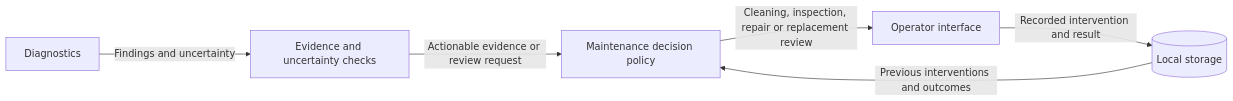
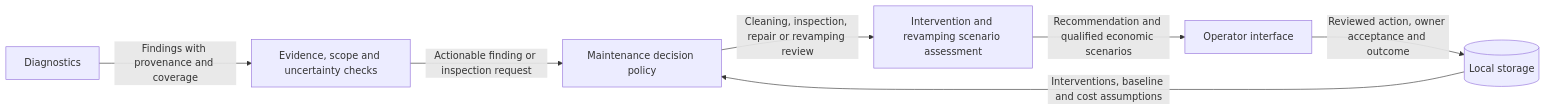
Before and after one commit to B-AROL-O/hackturin-2026: the diagram in docs/architecture/components/maintenance.md, drawn with Mermaid. The commit also changed other lines of this file and 28 other files, not shown here.

Commit message:
docs(poopvolt): renew company offer, architecture and pitch

````diff
--- a/docs/architecture/components/maintenance.md
+++ b/docs/architecture/components/maintenance.md
@@ -10,13 +10,15 @@
 ```mermaid
 flowchart LR
     diagnostics["Diagnostics"]
-    evidence["Evidence and uncertainty checks"]
+    evidence["Evidence, scope and uncertainty checks"]
     history[("Local storage")]
     policy["Maintenance decision policy"]
+    economics["Intervention and revamping scenario assessment"]
     interface["Operator interface"]
-    diagnostics -->|Findings and uncertainty| evidence
-    evidence -->|Actionable evidence or review request| policy
-    history -->|Previous interventions and outcomes| policy
-    policy -->|Cleaning, inspection, repair or replacement review| interface
-    interface -->|Recorded intervention and result| history
+    diagnostics -->|Findings with provenance and coverage| evidence
+    evidence -->|Actionable finding or inspection request| policy
+    history -->|Interventions, baseline and cost assumptions| policy
+    policy -->|Cleaning, inspection, repair or revamping review| economics
+    economics -->|Recommendation and qualified economic scenarios| interface
+    interface -->|Reviewed action, owner acceptance and outcome| history
 ```
````
